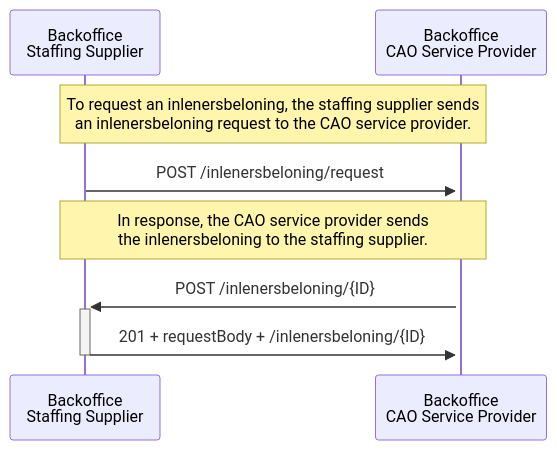
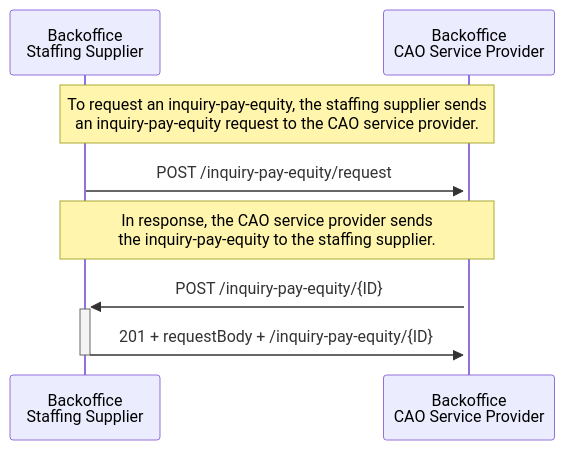
Before and after one commit to setu-standards/documentation: the fourth of 5 diagrams in app/docs/inlenersbeloning/sequence diagrams/sequence diagrams.md, drawn with Mermaid. The commit also changed other lines of this file and 10 other files, not shown here.

Commit message:
Updated name change of inlenersbeloning to Inquiry Pay Equity

````diff
--- a/app/docs/inlenersbeloning/sequence diagrams/sequence diagrams.md
+++ b/app/docs/inlenersbeloning/sequence diagrams/sequence diagrams.md
@@ -99,13 +99,13 @@
 ```mermaid
 sequenceDiagram
     participant Supplier as Backoffice <br/> Staffing Supplier
     participant Customer as Backoffice <br/> CAO Service Provider
     
 
-    Note over Supplier,Customer: To request an inlenersbeloning, the staffing supplier sends <br/> an inlenersbeloning request to the CAO service provider.
-    Supplier ->>+ Customer: POST /inlenersbeloning/request
+    Note over Supplier,Customer: To request an inquiry-pay-equity, the staffing supplier sends <br/> an inquiry-pay-equity request to the CAO service provider.
+    Supplier ->>+ Customer: POST /inquiry-pay-equity/request
     
-    Note over Supplier,Customer: In response, the CAO service provider sends <br/> the inlenersbeloning to the staffing supplier.
-    Customer ->>+ Supplier: POST /inlenersbeloning/{ID}
-    Supplier ->>- Customer: 201 + requestBody + /inlenersbeloning/{ID}  
+    Note over Supplier,Customer: In response, the CAO service provider sends <br/> the inquiry-pay-equity to the staffing supplier.
+    Customer ->>+ Supplier: POST /inquiry-pay-equity/{ID}
+    Supplier ->>- Customer: 201 + requestBody + /inquiry-pay-equity/{ID}  
 ```
````
